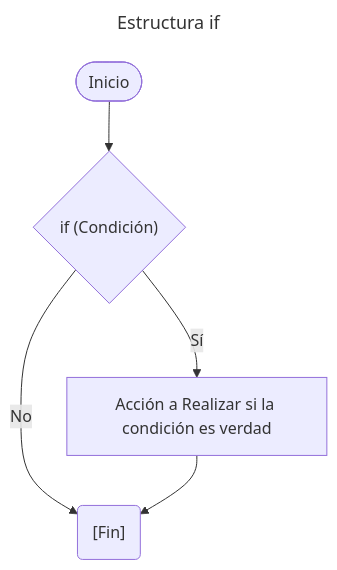
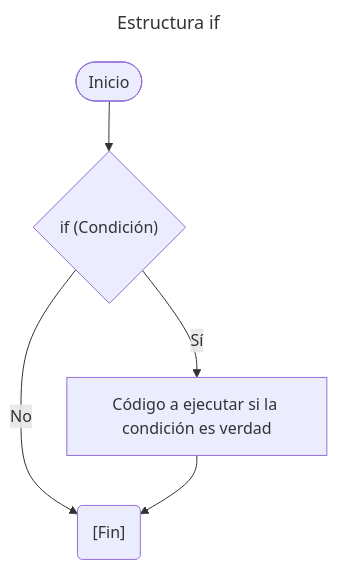
Before and after one commit to EnriqueChavezM/cpp-labs-and-tutorials: the first of 7 diagrams in 01_Fundamentos/05_Estructuras_de_Control/01_Estructuras_de_Control.md, drawn with Mermaid. The commit also changed other lines of this file and 3 other files, not shown here.

````diff
--- a/01_Fundamentos/05_Estructuras_de_Control/01_Estructuras_de_Control.md
+++ b/01_Fundamentos/05_Estructuras_de_Control/01_Estructuras_de_Control.md
@@ -41,10 +46,10 @@
 ```mermaid
 ---
 title: Estructura if
 ---
 graph TD
     A(["Inicio"]) --> B{"if (Condición)"}
-    B -- Sí --> C["Acción a Realizar si la condición es verdad"]
+    B -- Sí --> C["Código a ejecutar si la condición es verdad"]
     B -- No --> D("[Fin]")
     C --> D
 ```
````
